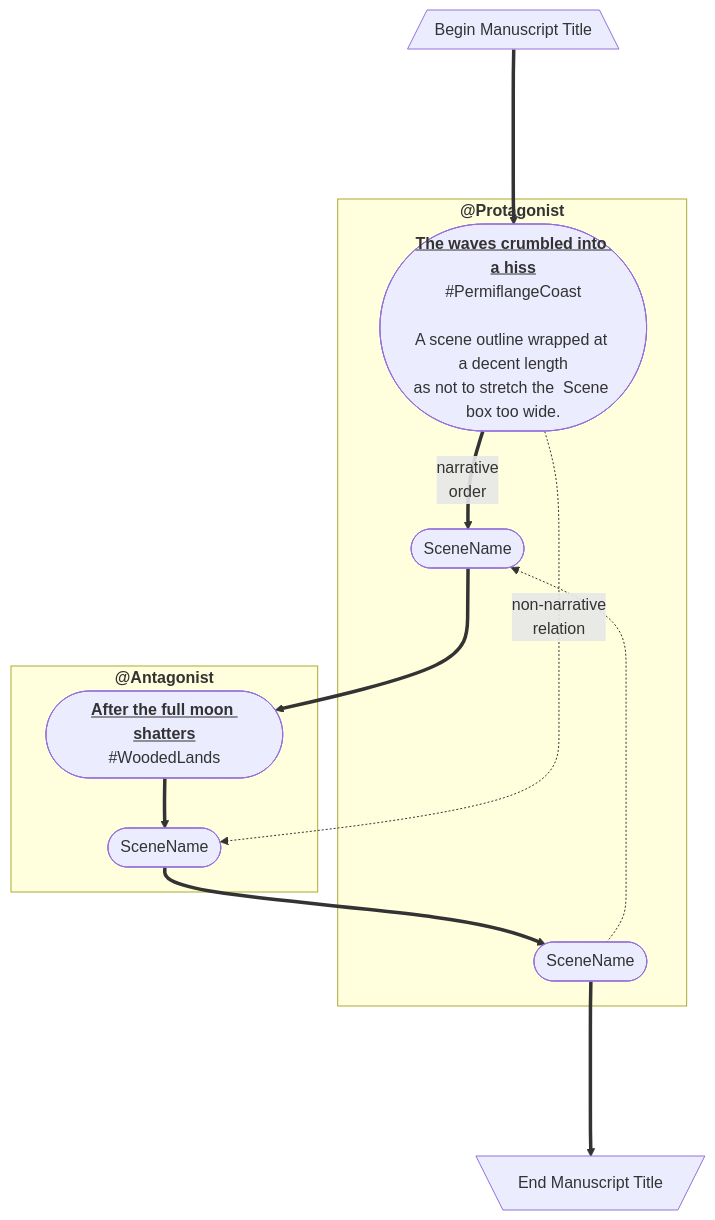
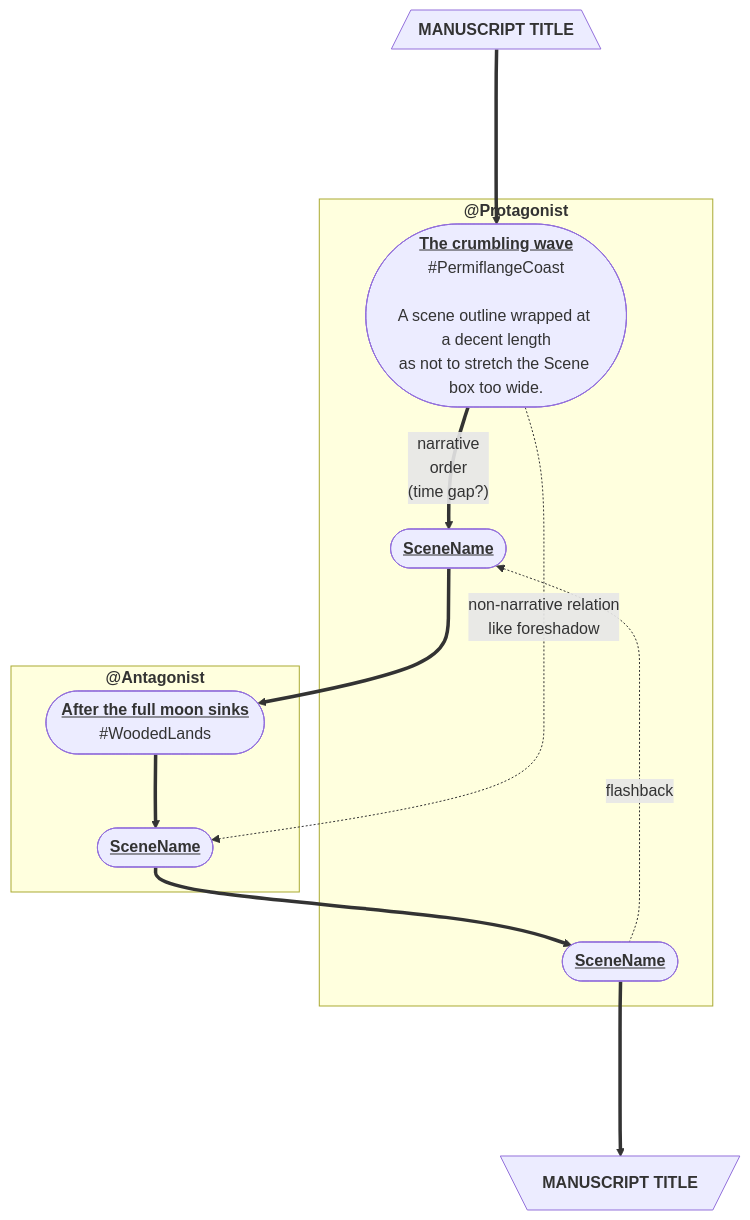
Before and after one commit to MLAOPDX/monkeytale: the diagram in README.md, drawn with Mermaid. The commit also changed other lines of this file, not shown here.

````diff
--- a/README.md
+++ b/README.md
@@ -18,25 +18,25 @@
 ```mermaid
 flowchart TB
-    BEGIN[/"Begin Manuscript Title"\]
-    END[\"End Manuscript Title"/]
+    BEGIN[/"<b>MANUSCRIPT TITLE</b>"\]
+    END[\"<b>MANUSCRIPT TITLE</b>"/]
 
     subgraph PoV1 ["<b>@Protagonist"</b>]
-        SN2(["<b><u>The waves crumbled into a hiss</u></b>\n#PermiflangeCoast\n\nA scene outline wrapped at a decent length\nas not to stretch the  Scene box too wide."])
-        SN3([SceneName])
-        SN8([SceneName])
+        SN2(["<b><u>The crumbling wave</u></b>\n#PermiflangeCoast\n\nA scene outline wrapped at a decent length\nas not to stretch the Scene box too wide."])
+        SN3([<b><u>SceneName</u></b>])
+        SN8([<b><u>SceneName</u></b>])
     end
 
     subgraph PoV2 ["<b>@Antagonist</b>"]
-        SN4([<b><u>After the full moon shatters</u></b>\n#WoodedLands])
-        SN6([SceneName])
+        SN4([<b><u>After the full moon sinks</u></b>\n#WoodedLands])
+        SN6([<b><u>SceneName</u></b>])
     end
 
     BEGIN ====> SN2
     
-    SN2 ==narrative\norder==> SN3 ==> SN4 ==> SN6 ==> SN8
+    SN2 =="narrative\norder\n(time gap?)"==> SN3 ==> SN4 ==> SN6 ==> SN8
 
     SN8 ====> END
     
-    SN2 -.non-narrative\nrelation.-> SN6
-    SN8 -.-> SN3
+    SN2 -."non-narrative relation\nlike foreshadow".-> SN6
+    SN8 -."flashback".-> SN3
 ```
````
